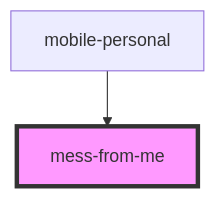
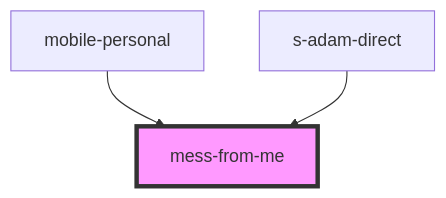
One commit to saqhan/stencil-chat changed the diagram in src/components/shared/mess-from-me/readme.md. Above: the diagram before and after it, drawn with Mermaid. The commit also changed other lines of this file and 38 other files, not shown here.

````diff
--- a/src/components/shared/mess-from-me/readme.md
+++ b/src/components/shared/mess-from-me/readme.md
@@ -22,5 +23,6 @@
 ```mermaid
 graph TD;
   mobile-personal --> mess-from-me
+  s-adam-direct --> mess-from-me
   style mess-from-me fill:#f9f,stroke:#333,stroke-width:4px
 ```
````
